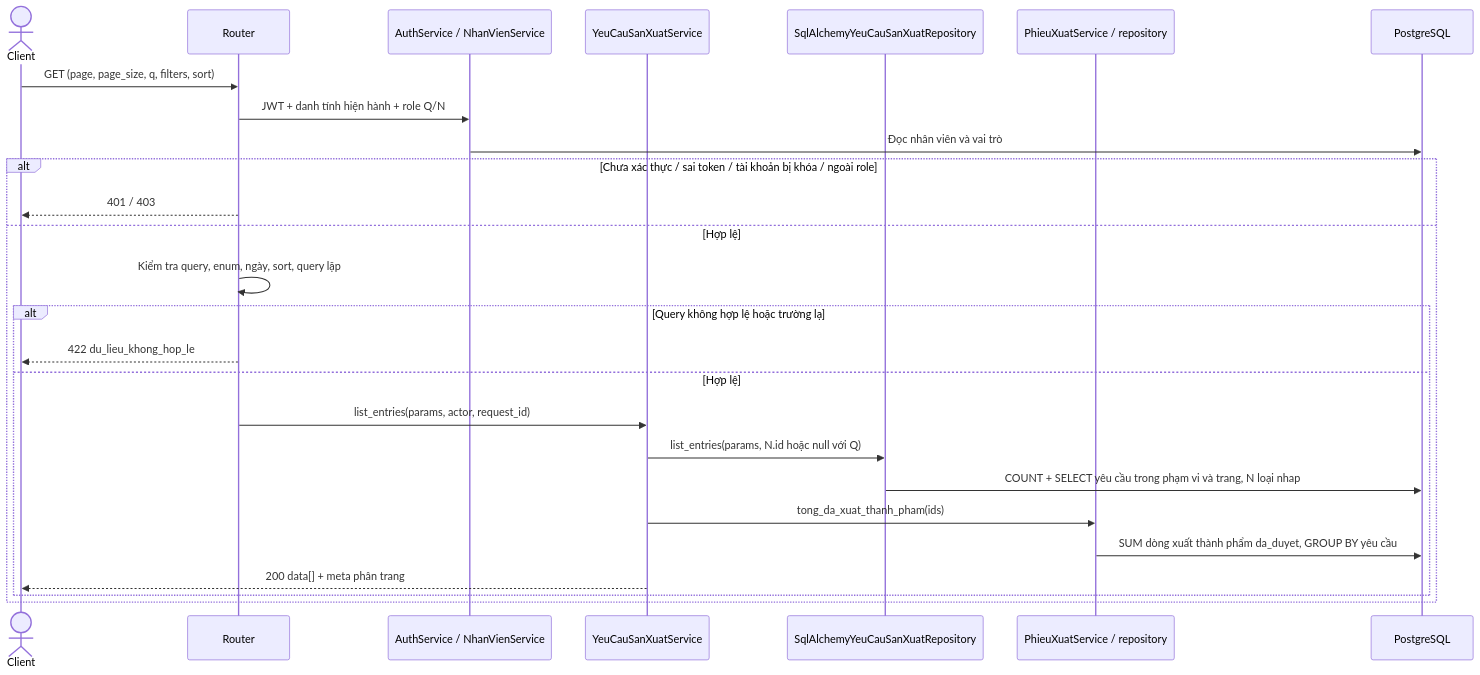
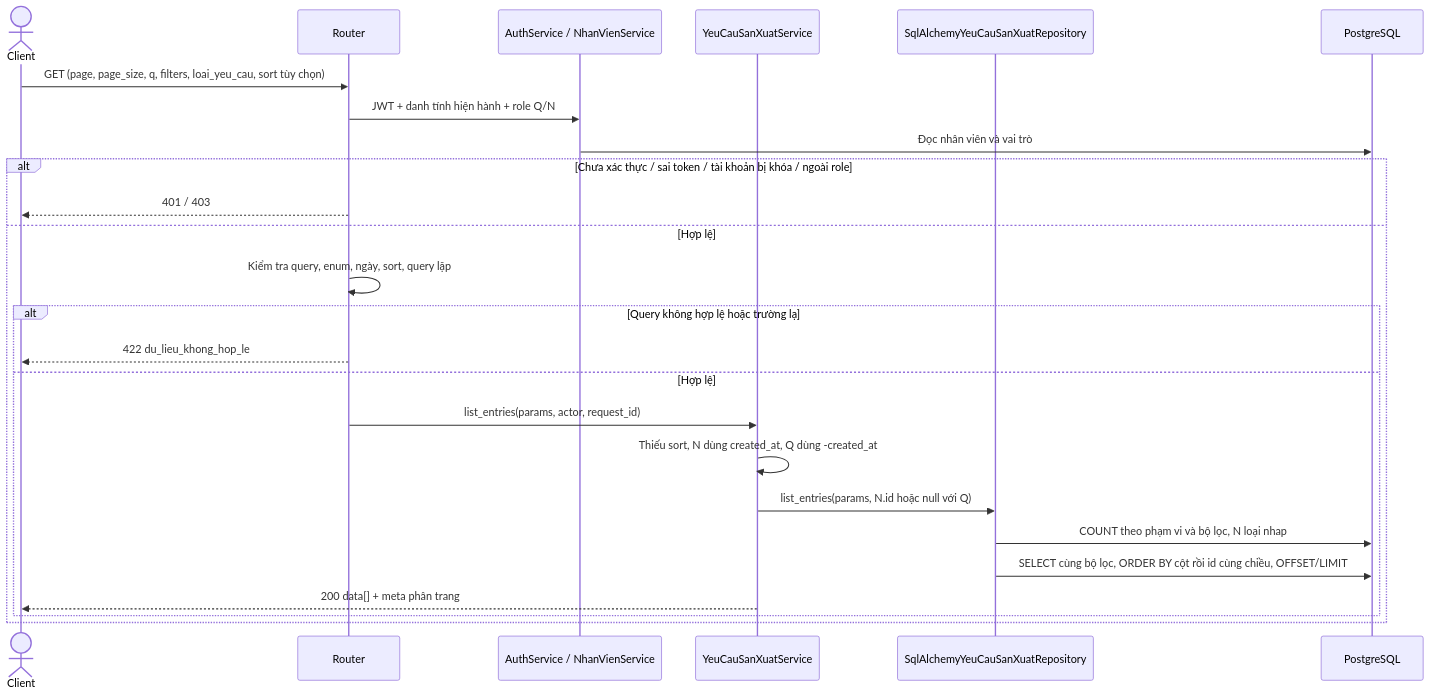
Before and after one commit to thanhklt/xbike-mrp-system: the first of 23 diagrams in docs/sequence/san_xuat.md, drawn with Mermaid. The commit also changed other lines of this file and 14 other files, not shown here.

First line of the commit message:
feat(UC-25): danh sách yêu cầu sản xuất lọc theo loại, sắp theo hạn và mặc định theo vai trò

````diff
--- a/docs/sequence/san_xuat.md
+++ b/docs/sequence/san_xuat.md
@@ -28,28 +33,27 @@
 ```mermaid
 sequenceDiagram
     actor C as Client
     participant R as Router
     participant A as AuthService / NhanVienService
     participant S as YeuCauSanXuatService
     participant P as SqlAlchemyYeuCauSanXuatRepository
-    participant X as PhieuXuatService / repository
     participant D as PostgreSQL
-    C->>R: GET (page, page_size, q, filters, sort)
+    C->>R: GET (page, page_size, q, filters, loai_yeu_cau, sort tùy chọn)
     R->>A: JWT + danh tính hiện hành + role Q/N
     A->>D: Đọc nhân viên và vai trò
     alt Chưa xác thực / sai token / tài khoản bị khóa / ngoài role
         R-->>C: 401 / 403
     else Hợp lệ
         R->>R: Kiểm tra query, enum, ngày, sort, query lặp
         alt Query không hợp lệ hoặc trường lạ
             R-->>C: 422 du_lieu_khong_hop_le
         else Hợp lệ
             R->>S: list_entries(params, actor, request_id)
+            S->>S: Thiếu sort, N dùng created_at, Q dùng -created_at
             S->>P: list_entries(params, N.id hoặc null với Q)
-            P->>D: COUNT + SELECT yêu cầu trong phạm vi và trang, N loại nhap
-            S->>X: tong_da_xuat_thanh_pham(ids)
-            X->>D: SUM dòng xuất thành phẩm da_duyet, GROUP BY yêu cầu
+            P->>D: COUNT theo phạm vi và bộ lọc, N loại nhap
+            P->>D: SELECT cùng bộ lọc, ORDER BY cột rồi id cùng chiều, OFFSET/LIMIT
             S-->>C: 200 data[] + meta phân trang
         end
     end
 ```
````
